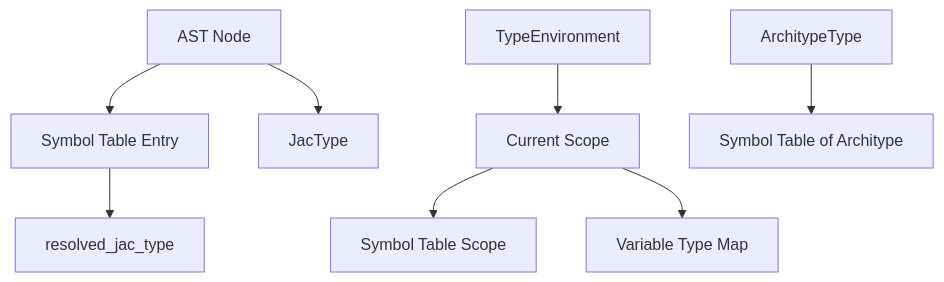
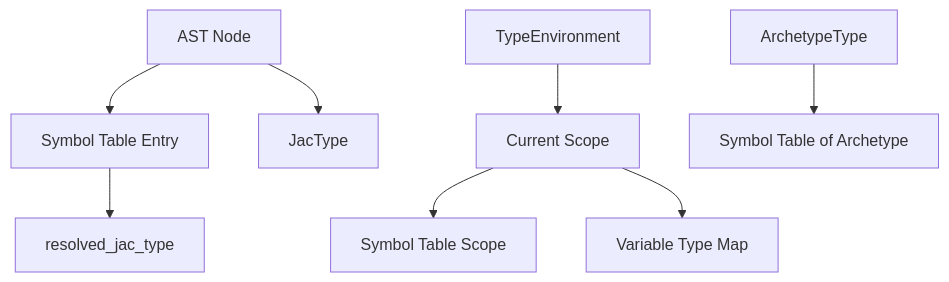
One commit to Jaseci-Labs/jaseci changed the second of 3 diagrams in docs/docs/internals/planning_specs/native_type_system/compiler_integration.md. Above: the diagram before and after it, drawn with Mermaid. The commit also changed other lines of this file and 85 other files, not shown here.

````diff
--- a/docs/docs/internals/planning_specs/native_type_system/compiler_integration.md
+++ b/docs/docs/internals/planning_specs/native_type_system/compiler_integration.md
@@ -197,12 +197,12 @@
 ```mermaid
 graph TD
     A[AST Node] --> B[Symbol Table Entry]
     A --> C[JacType]
     B --> D[resolved_jac_type]
 
     E[TypeEnvironment] --> F[Current Scope]
     F --> G[Symbol Table Scope]
     F --> H[Variable Type Map]
 
-    I[ArchitypeType] --> J[Symbol Table of Architype]
+    I[ArchetypeType] --> J[Symbol Table of Archetype]
 ```
````
